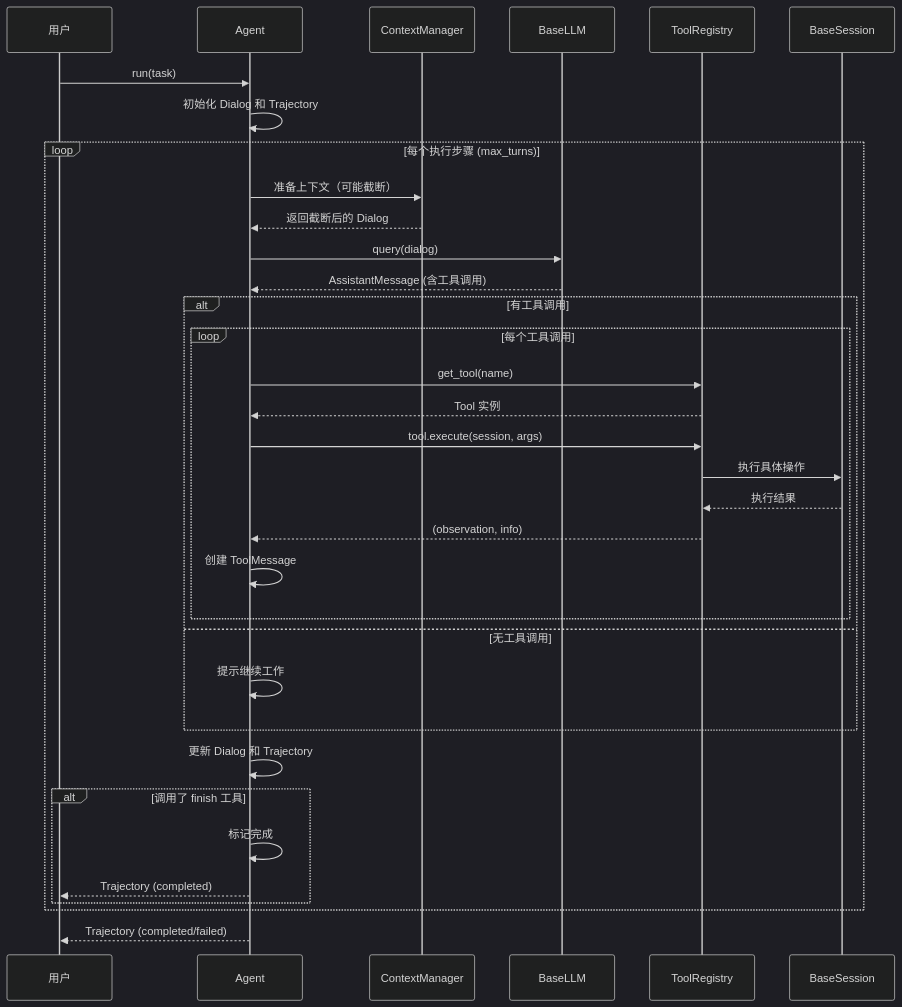
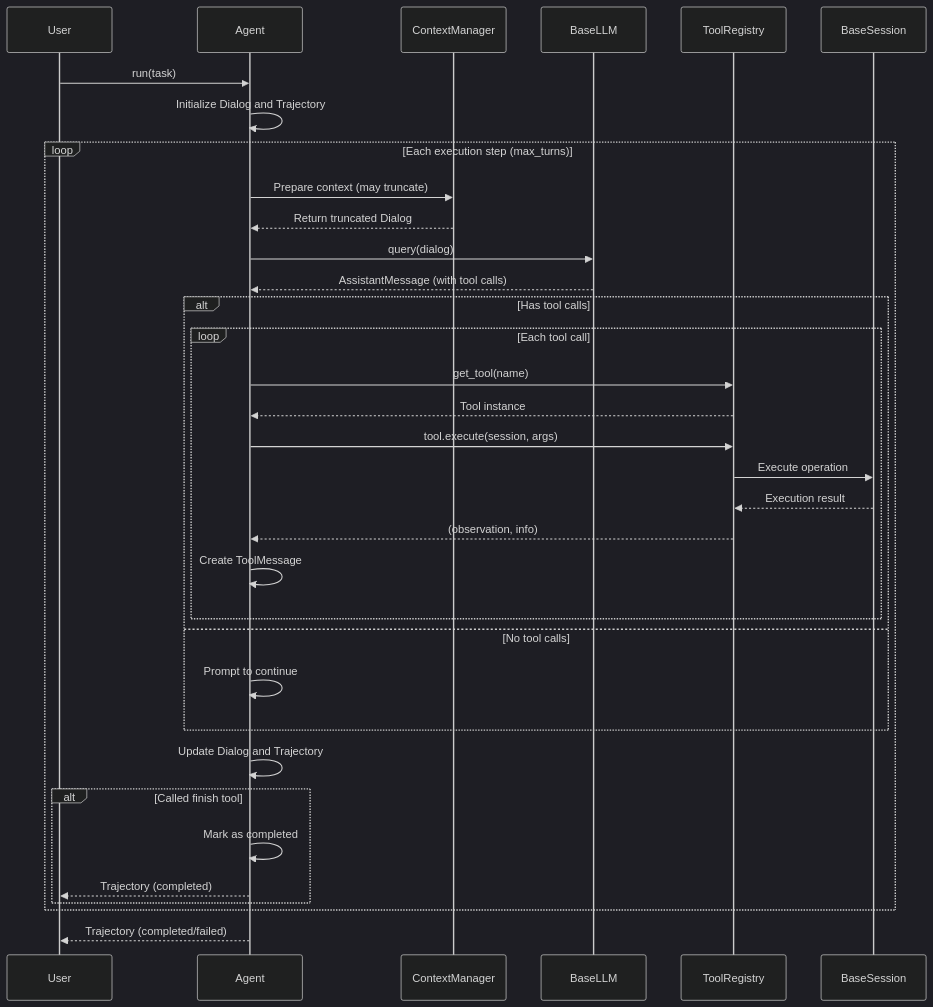
One commit to Passpoor/EvoMaster changed the second of 3 diagrams in evomaster/agent/README.md. Above: the diagram before and after it, drawn with Mermaid (dark theme). The commit also changed other lines of this file and 161 other files, not shown here.

````diff
--- a/evomaster/agent/README.md
+++ b/evomaster/agent/README.md
@@ -80,46 +87,46 @@
 ```mermaid
 sequenceDiagram
-    participant User as 用户
+    participant User as User
     participant Agent as Agent
     participant Context as ContextManager
     participant LLM as BaseLLM
     participant Tools as ToolRegistry
     participant Session as BaseSession
 
     User->>Agent: run(task)
 
-    Agent->>Agent: 初始化 Dialog 和 Trajectory
+    Agent->>Agent: Initialize Dialog and Trajectory
 
-    loop 每个执行步骤 (max_turns)
-        Agent->>Context: 准备上下文（可能截断）
-        Context-->>Agent: 返回截断后的 Dialog
+    loop Each execution step (max_turns)
+        Agent->>Context: Prepare context (may truncate)
+        Context-->>Agent: Return truncated Dialog
 
         Agent->>LLM: query(dialog)
-        LLM-->>Agent: AssistantMessage (含工具调用)
+        LLM-->>Agent: AssistantMessage (with tool calls)
 
-        alt 有工具调用
-            loop 每个工具调用
+        alt Has tool calls
+            loop Each tool call
                 Agent->>Tools: get_tool(name)
-                Tools-->>Agent: Tool 实例
+                Tools-->>Agent: Tool instance
 
                 Agent->>Tools: tool.execute(session, args)
-                Tools->>Session: 执行具体操作
-                Session-->>Tools: 执行结果
+                Tools->>Session: Execute operation
+                Session-->>Tools: Execution result
                 Tools-->>Agent: (observation, info)
 
-                Agent->>Agent: 创建 ToolMessage
+                Agent->>Agent: Create ToolMessage
             end
-        else 无工具调用
-            Agent->>Agent: 提示继续工作
+        else No tool calls
+            Agent->>Agent: Prompt to continue
         end
 
-        Agent->>Agent: 更新 Dialog 和 Trajectory
+        Agent->>Agent: Update Dialog and Trajectory
 
-        alt 调用了 finish 工具
-            Agent->>Agent: 标记完成
+        alt Called finish tool
+            Agent->>Agent: Mark as completed
             Agent-->>User: Trajectory (completed)
         end
     end
 
     Agent-->>User: Trajectory (completed/failed)
 ```
````
